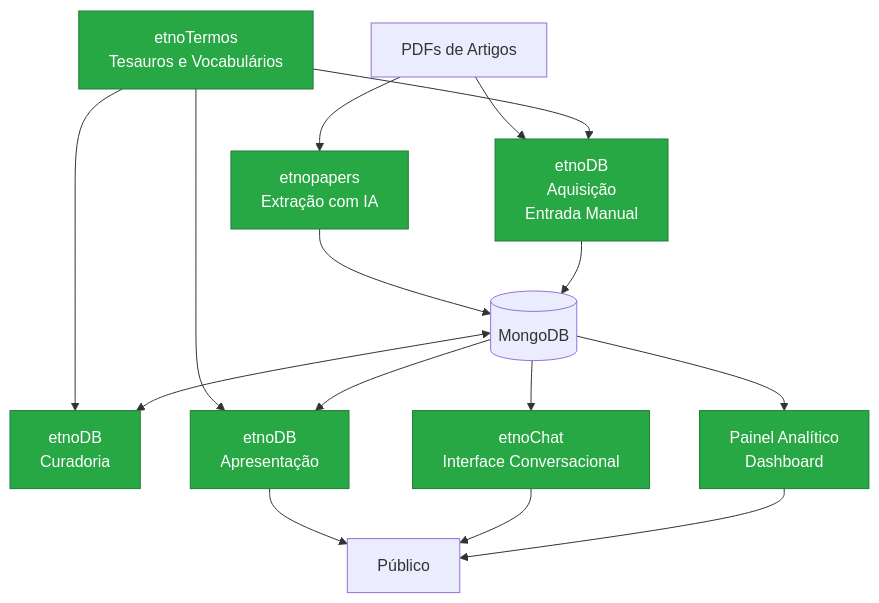
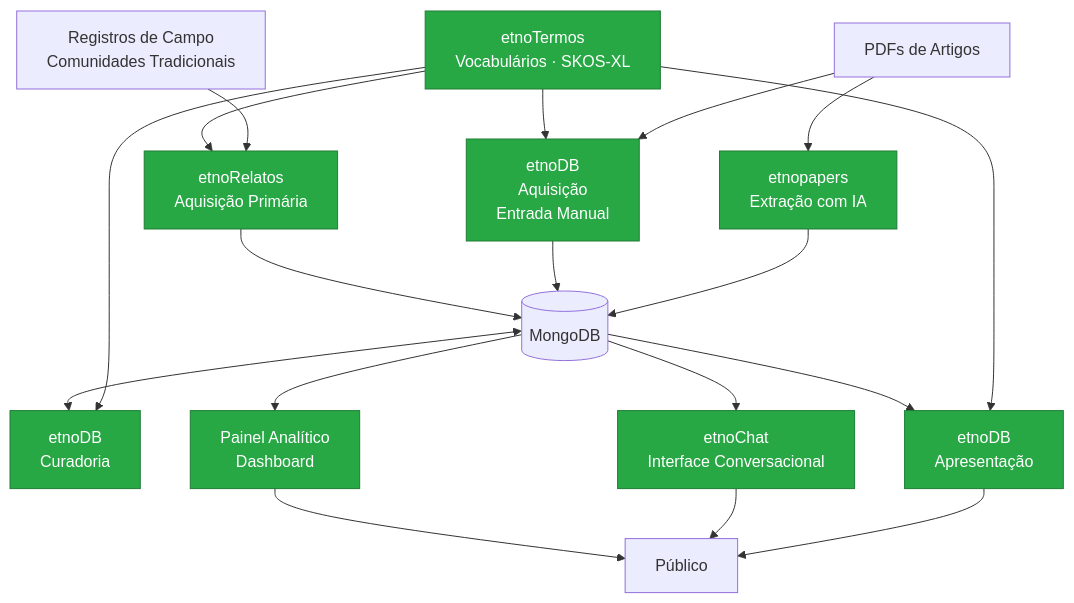
Before and after one commit to edalcin/Arquitetura-BioCultural: the second of 4 diagrams in README.md, drawn with Mermaid. The commit also changed other lines of this file and 4 other files, not shown here.

First line of the commit message:
docs: EtnoArquitetura v2.0 — etnoRelatos + SKOS-XL + diagrama simplificado

````diff
--- a/README.md
+++ b/README.md
@@ -282,29 +260,33 @@
 ```mermaid
 graph TB
-    PDF[PDFs de Artigos] --> EP[etnopapers<br/>Extração com IA]
-    PDF --> ED_ACQ[etnoDB<br/>Aquisição<br/> Entrada Manual]
+    PDF["PDFs de Artigos"] --> EP["etnopapers<br/>Extração com IA"]
+    PDF --> ED_ACQ["etnoDB<br/>Aquisição<br/>Entrada Manual"]
+    CAMPO["Registros de Campo<br/>Comunidades Tradicionais"] --> ERELA["etnoRelatos<br/>Aquisição Primária"]
 
-    EP --> MONGO[(MongoDB)]
+    EP --> MONGO[("MongoDB")]
     ED_ACQ --> MONGO
+    ERELA --> MONGO
 
-    ET[etnoTermos<br/>Tesauros e Vocabulários] --> ED_ACQ
+    ET["etnoTermos<br/>Vocabulários · SKOS-XL"] --> ED_ACQ
     ET --> ED_CUR
     ET --> ED_PUB
+    ET --> ERELA
 
-    MONGO <--> ED_CUR[etnoDB<br/>Curadoria]
-    MONGO --> ED_PUB[etnoDB<br/>Apresentação]
-    MONGO --> CHAT[etnoChat<br/>Interface Conversacional]
-    MONGO --> DASH[Painel Analítico<br/>Dashboard]
+    MONGO <--> ED_CUR["etnoDB<br/>Curadoria"]
+    MONGO --> ED_PUB["etnoDB<br/>Apresentação"]
+    MONGO --> CHAT["etnoChat<br/>Interface Conversacional"]
+    MONGO --> DASH["Painel Analítico<br/>Dashboard"]
 
-    ED_PUB --> PUB[Público]
+    ED_PUB --> PUB["Público"]
     CHAT --> PUB
     DASH --> PUB
 
-	style ED_ACQ fill:#28a745,stroke:#1e7e34,color:#ffffff
-	style ED_CUR fill:#28a745,stroke:#1e7e34,color:#ffffff
-	style ED_PUB fill:#28a745,stroke:#1e7e34,color:#ffffff
+    style ED_ACQ fill:#28a745,stroke:#1e7e34,color:#ffffff
+    style ED_CUR fill:#28a745,stroke:#1e7e34,color:#ffffff
+    style ED_PUB fill:#28a745,stroke:#1e7e34,color:#ffffff
     style ET fill:#28a745,stroke:#1e7e34,color:#ffffff
-	style EP fill:#28a745,stroke:#1e7e34,color:#ffffff
+    style EP fill:#28a745,stroke:#1e7e34,color:#ffffff
     style CHAT fill:#28a745,stroke:#1e7e34,color:#ffffff
     style DASH fill:#28a745,stroke:#1e7e34,color:#ffffff
+    style ERELA fill:#28a745,stroke:#1e7e34,color:#ffffff
 ```
````
